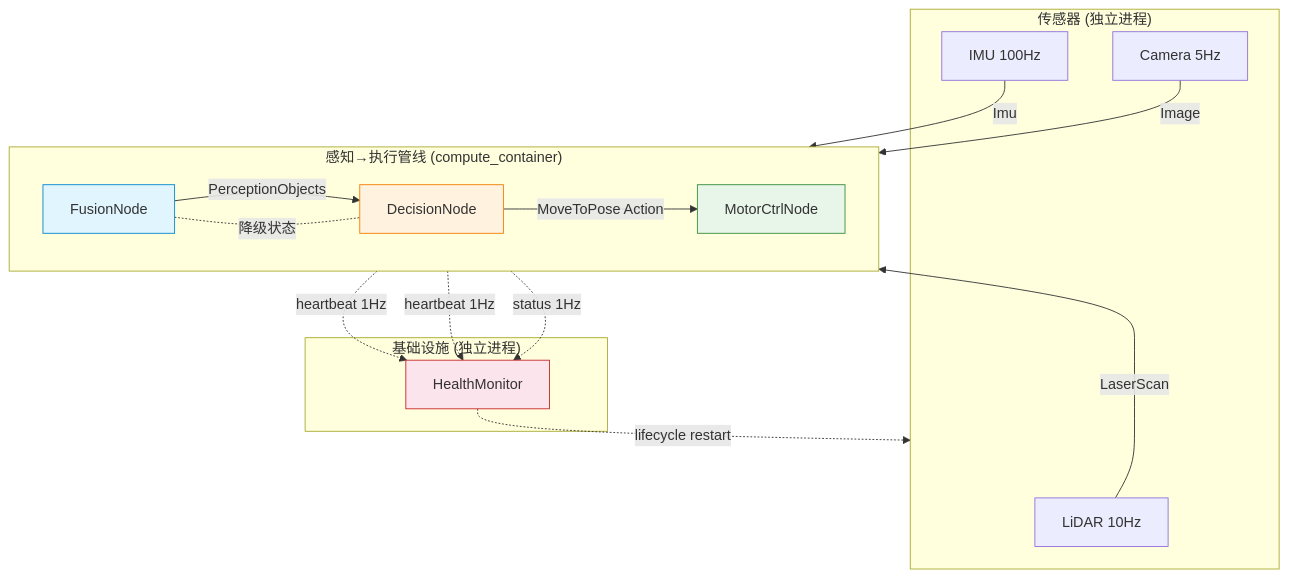
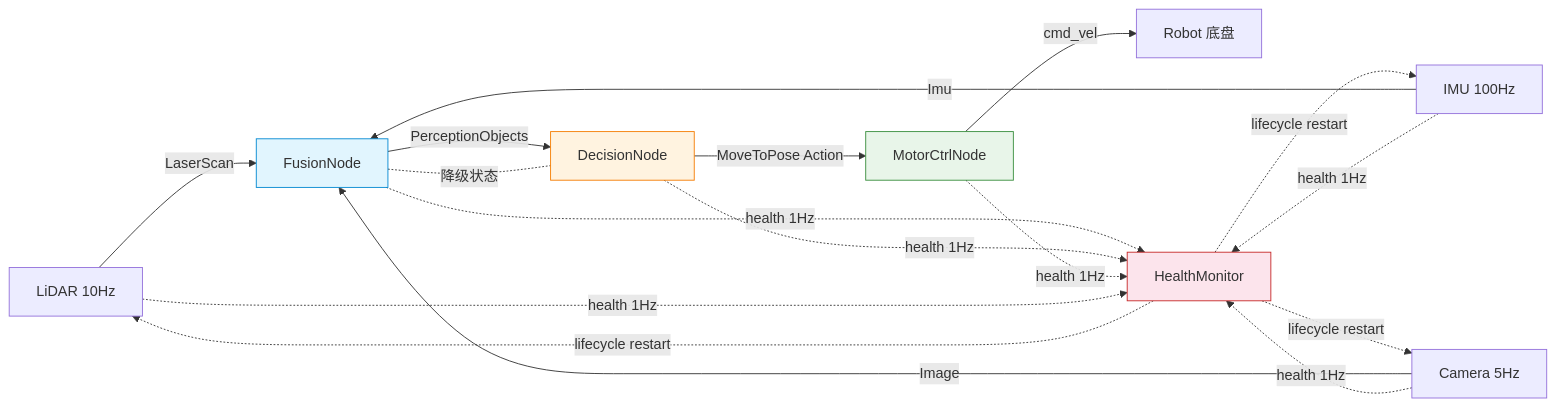
One commit to guang-lee-cn/ros2_robot_middleware changed the second of 5 diagrams in doc/ARCHITECTURE.md. Above: the diagram before and after it, drawn with Mermaid.

Commit message:
fix(docs): simplified flow diagram — no subgraphs, uniform health labels
All nodes now show consistent health signal to HealthMonitor.
MotorCtrlNode included in health reporting (uses /cmd/status topic).
Sensor nodes also shown sending health 1Hz.

````diff
--- a/doc/ARCHITECTURE.md
+++ b/doc/ARCHITECTURE.md
@@ -91,38 +91,29 @@
 ```mermaid
-flowchart TB
-    subgraph sensors["传感器 (独立进程)"]
-        L["LiDAR 10Hz"]
-        I["IMU 100Hz"]
-        C["Camera 5Hz"]
-    end
+flowchart LR
+    L["LiDAR 10Hz"] -->|"LaserScan"| FUSION
+    I["IMU 100Hz"]  -->|"Imu"| FUSION
+    C["Camera 5Hz"] -->|"Image"| FUSION
 
-    subgraph pipeline["感知→执行管线 (compute_container)"]
-        direction LR
-        FUSION["FusionNode"]
-        DECISION["DecisionNode"]
-        MOTOR["MotorCtrlNode"]
-    end
+    FUSION["FusionNode"] -->|"PerceptionObjects"| DECISION["DecisionNode"]
+    DECISION -->|"MoveToPose Action"| MOTOR["MotorCtrlNode"]
+    MOTOR -->|"cmd_vel"| ROBOT["Robot 底盘"]
 
-    subgraph infra["基础设施 (独立进程)"]
-        HEALTH["HealthMonitor"]
-    end
+    FUSION -.->|"health 1Hz"| HEALTH["HealthMonitor"]
+    DECISION -.->|"health 1Hz"| HEALTH
+    MOTOR -.->|"health 1Hz"| HEALTH
 
-    L -->|"LaserScan"| FUSION
-    I -->|"Imu"| FUSION
-    C -->|"Image"| FUSION
-    FUSION -->|"PerceptionObjects"| DECISION
-    DECISION -->|"MoveToPose Action"| MOTOR
+    L -.->|"health 1Hz"| HEALTH
+    I -.->|"health 1Hz"| HEALTH
+    C -.->|"health 1Hz"| HEALTH
 
-    FUSION -.->|"heartbeat 1Hz"| HEALTH
-    DECISION -.->|"heartbeat 1Hz"| HEALTH
-    MOTOR -.->|"status 1Hz"| HEALTH
-
-    HEALTH -.->|"lifecycle restart"| sensors
+    HEALTH -.->|"lifecycle restart"| L
+    HEALTH -.->|"lifecycle restart"| I
+    HEALTH -.->|"lifecycle restart"| C
 
     FUSION -.-|"降级状态"| DECISION
 
     style FUSION fill:#e1f5fe,stroke:#0288d1
     style DECISION fill:#fff3e0,stroke:#f57c00
     style MOTOR fill:#e8f5e9,stroke:#388e3c
     style HEALTH fill:#fce4ec,stroke:#c62828
 ```
````
